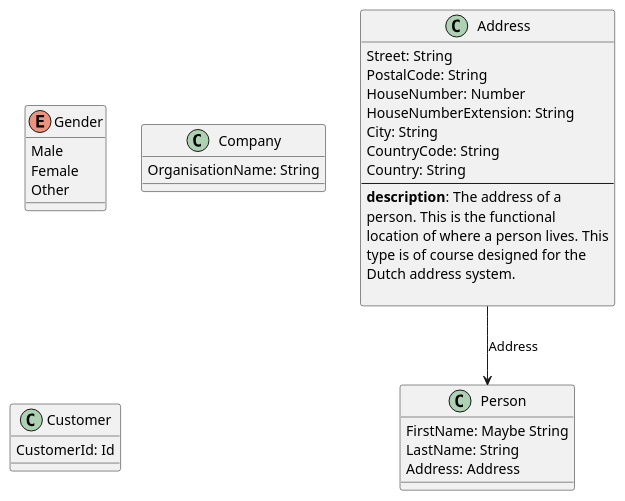
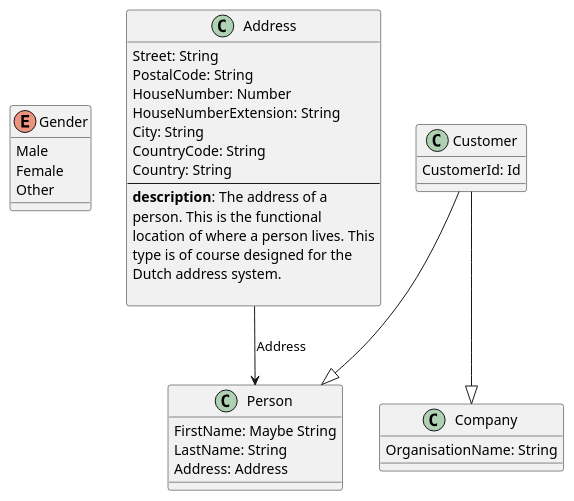
The diagram in Examples/.out/Customer/Customer.puml (Baudin999/car-lang), drawn with PlantUML before and after one commit. The commit also changed 10 other files, not shown here.

```diff
--- a/Examples/.out/Customer/Customer.puml
+++ b/Examples/.out/Customer/Customer.puml
@@ -1,33 +1,35 @@
+enum Gender {
+	Male
+	Female
+	Other
+}
 class "Address" as Address  {
 	Street: String 
 	PostalCode: String 
 	HouseNumber: Number 
 	HouseNumberExtension: String 
 	City: String 
 	CountryCode: String 
 	Country: String 
 --
   <b>description</b>: The address of a
  person. This is the functional
  location of where a person lives. This
  type is of course designed for the
  Dutch address system.
     
 }
-class "Person" as Person  {
+class "Person " as Person  {
 	FirstName: Maybe String
 	LastName: String 
 	Address: Address 
 }
 Address --> Person : Address
-enum Gender {
-	Male
-	Female
-	Other
-}
-class "Company" as Company  {
+Customer --|> Person
+class "Company " as Company  {
 	OrganisationName: String 
 }
+Customer --|> Company
 class "Customer" as Customer  {
 	CustomerId: Id 
 }
```
